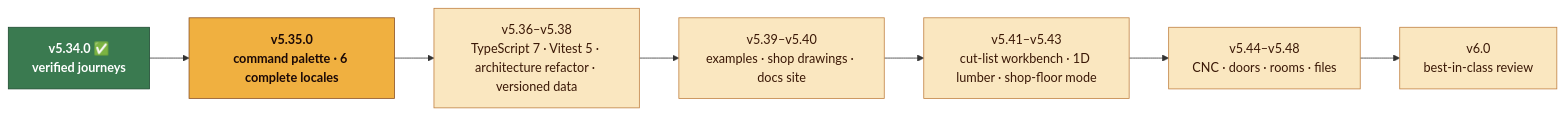
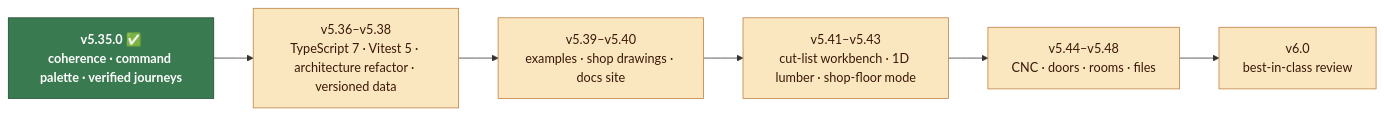
Before and after one commit to RajwanYair/WoodworkingShop: the second of 2 diagrams in README.md, drawn with Mermaid. The commit also changed other lines of this file and 17 other files, not shown here.

````diff
--- a/README.md
+++ b/README.md
@@ -234,16 +234,15 @@
 ```mermaid
 flowchart LR
-  now["v5.34.0 ✅<br/>verified journeys"] --> c["v5.35.0<br/>command palette · 6 complete locales"]
-  c --> t["v5.36–v5.38<br/>TypeScript 7 · Vitest 5 · architecture refactor · versioned data"]
+  now["v5.35.0 ✅<br/>coherence · command palette · verified journeys"] --> t["v5.36–v5.38<br/>TypeScript 7 · Vitest 5 · architecture refactor · versioned data"]
   t --> d["v5.39–v5.40<br/>examples · shop drawings · docs site"]
   d --> w["v5.41–v5.43<br/>cut-list workbench · 1D lumber · shop-floor mode"]
   w --> m["v5.44–v5.48<br/>CNC · doors · rooms · files"]
   m --> v6["v6.0<br/>best-in-class review"]
 
   classDef done fill:#3a7a50,stroke:#1e4a30,color:#ffffff,font-weight:bold
   classDef next fill:#f0b040,stroke:#8b5022,color:#1a0806,font-weight:bold
   classDef later fill:#fae7c0,stroke:#c08040,color:#3a1806
   class now done
   class c next
   class t,d,w,m,v6 later
 ```
````
